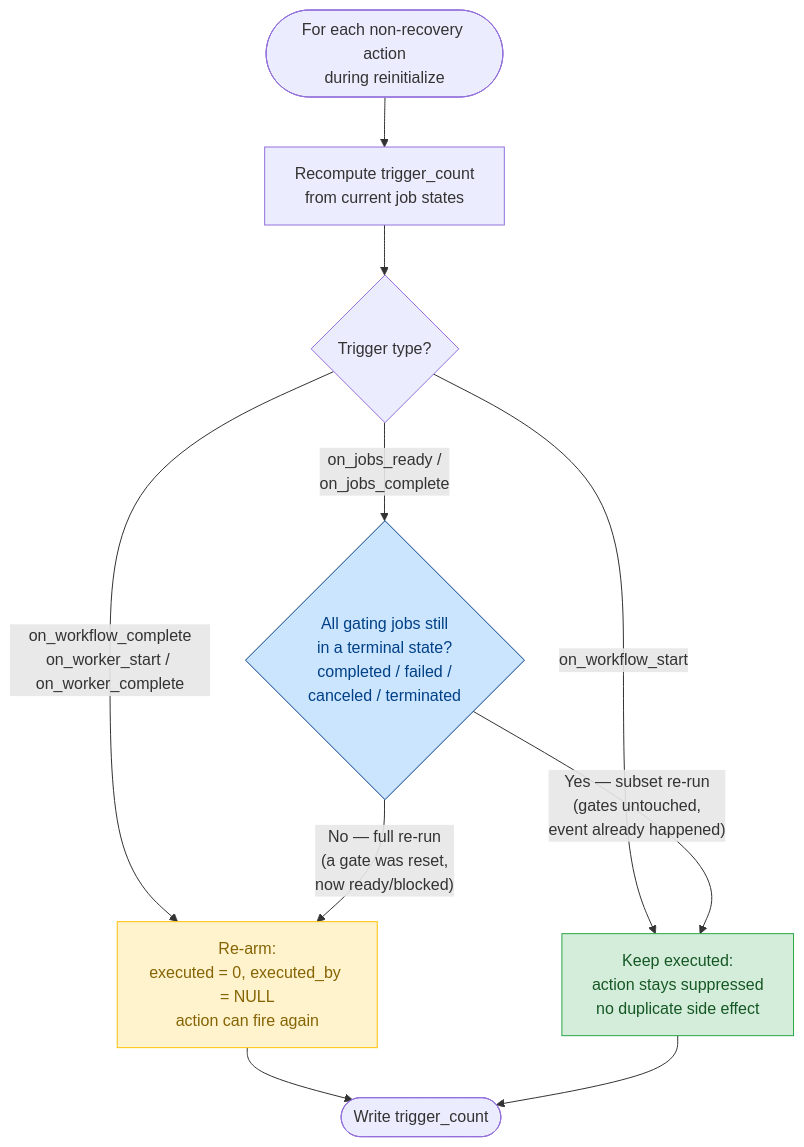
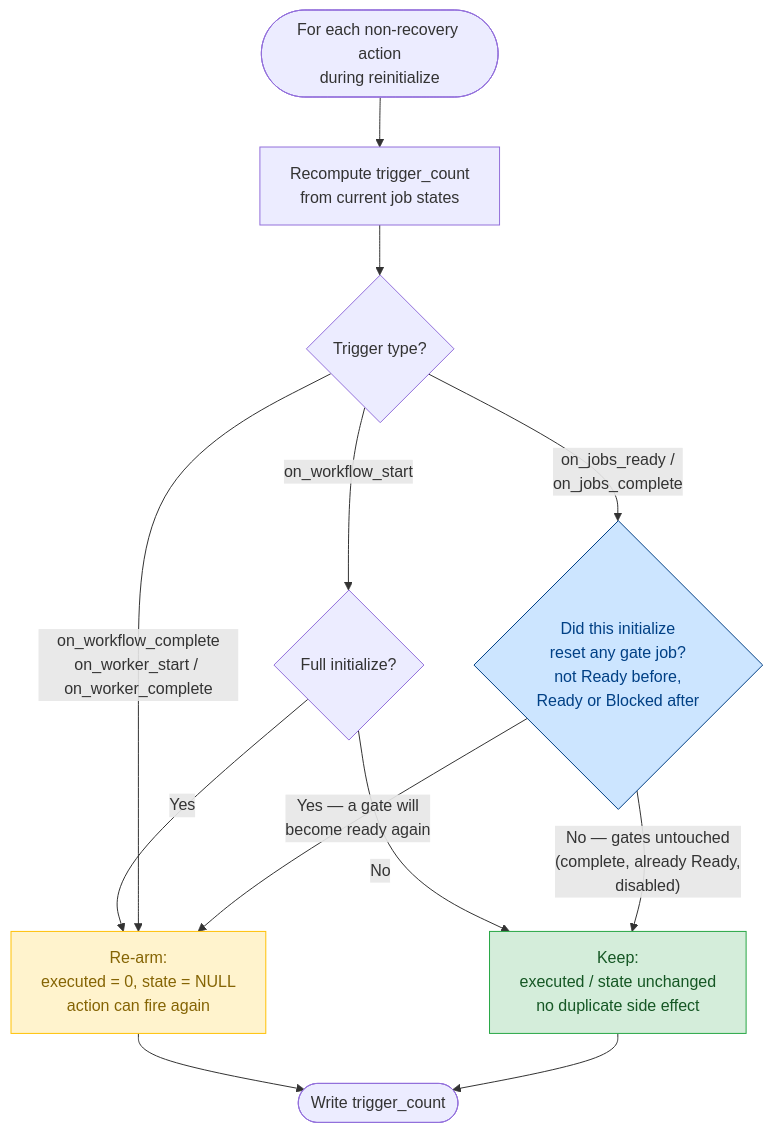
One commit to NatLabRockies/torc changed the diagram in docs/src/specialized/design/workflow-actions.md. Above: the diagram before and after it, drawn with Mermaid. The commit also changed other lines of this file and 4 other files, not shown here.

First line of the commit message:
Re-arm job-gated actions on reinitialize only when their gate jobs are reset

````diff
--- a/docs/src/specialized/design/workflow-actions.md
+++ b/docs/src/specialized/design/workflow-actions.md
@@ -406,22 +406,24 @@
 ```mermaid
 flowchart TD
     start([For each non-recovery action<br/>during reinitialize]) --> recompute[Recompute trigger_count<br/>from current job states]
     recompute --> trig{Trigger type?}
 
-    trig -- on_workflow_start --> keep
+    trig -- on_workflow_start --> full{Full initialize?}
+    full -- Yes --> rearm
+    full -- No --> keep
     trig -- "on_workflow_complete<br/>on_worker_start / on_worker_complete" --> rearm
-    trig -- "on_jobs_ready /<br/>on_jobs_complete" --> terminal{All gating jobs still<br/>in a terminal state?<br/>completed / failed /<br/>canceled / terminated}
+    trig -- "on_jobs_ready /<br/>on_jobs_complete" --> reset{Did this initialize<br/>reset any gate job?<br/>not Ready before,<br/>Ready or Blocked after}
 
-    terminal -- "Yes — subset re-run<br/>(gates untouched,<br/>event already happened)" --> keep
-    terminal -- "No — full re-run<br/>(a gate was reset,<br/>now ready/blocked)" --> rearm
+    reset -- "No — gates untouched<br/>(complete, already Ready,<br/>disabled)" --> keep
+    reset -- "Yes — a gate will<br/>become ready again" --> rearm
 
-    rearm[Re-arm:<br/>executed = 0, executed_by = NULL<br/>action can fire again]
-    keep[Keep executed:<br/>action stays suppressed<br/>no duplicate side effect]
+    rearm[Re-arm:<br/>executed = 0, state = NULL<br/>action can fire again]
+    keep[Keep:<br/>executed / state unchanged<br/>no duplicate side effect]
 
     rearm --> done([Write trigger_count])
     keep --> done
 
     style keep fill:#d4edda,stroke:#28a745,color:#155724
     style rearm fill:#fff3cd,stroke:#ffc107,color:#856404
-    style terminal fill:#cce5ff,stroke:#004085,color:#004085
+    style reset fill:#cce5ff,stroke:#004085,color:#004085
 ```
````
